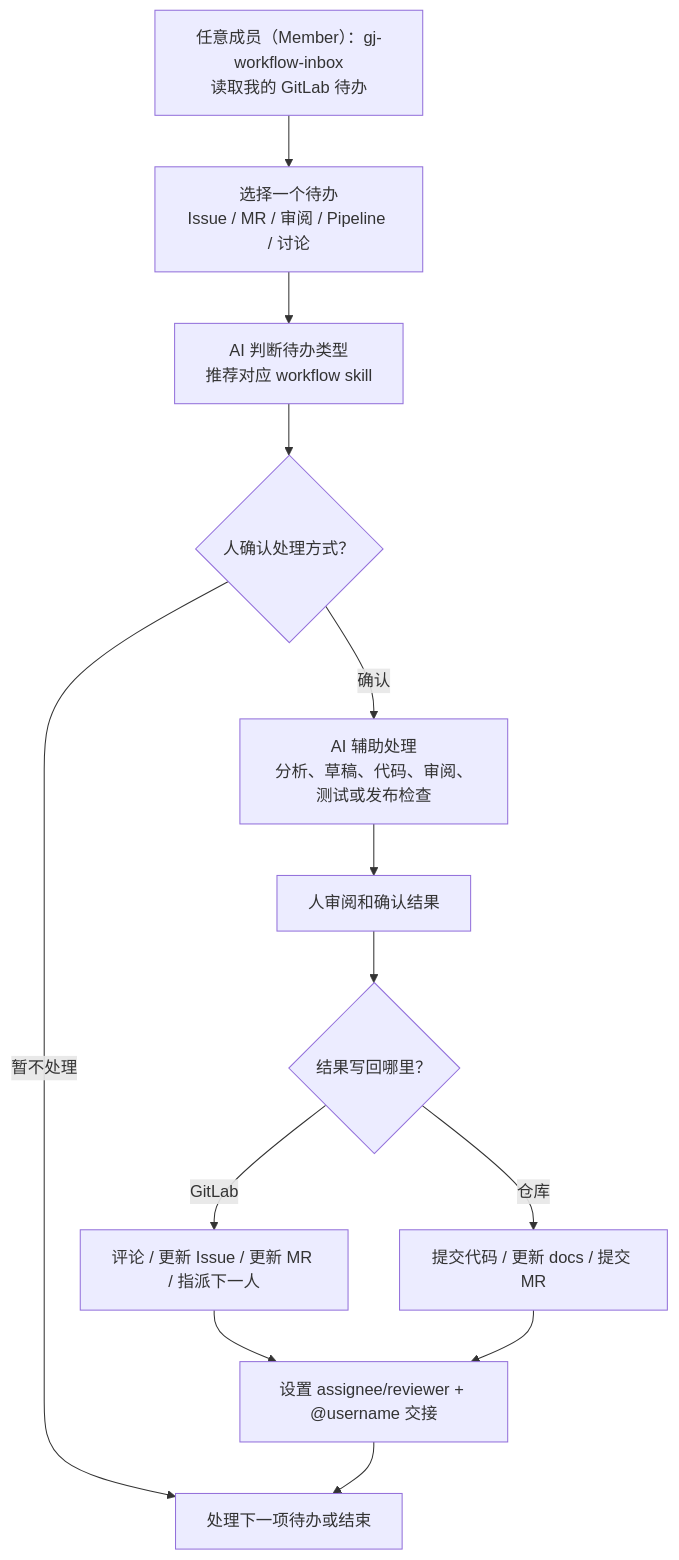
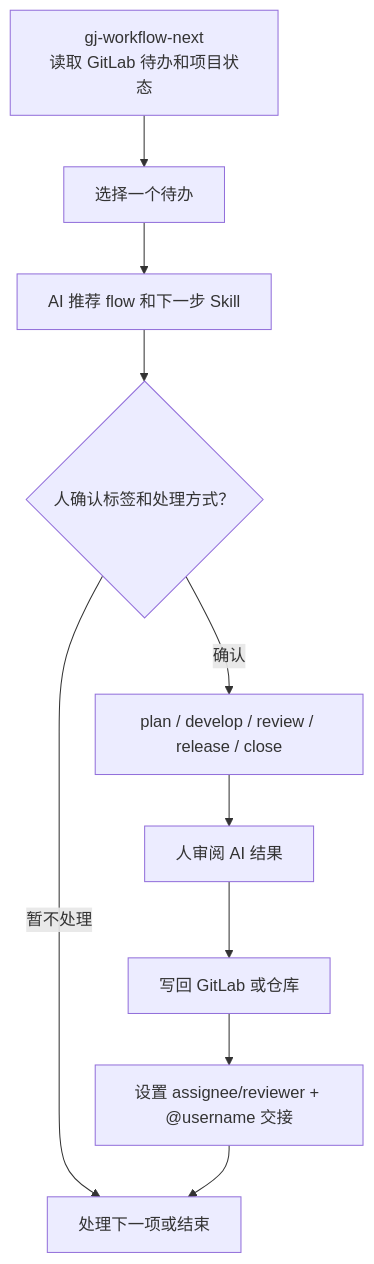
Before and after one commit to TheLastMagician/gj-gitlab-ai-workflow: the second of 2 diagrams in README.md, drawn with Mermaid. The commit also changed other lines of this file and 122 other files, not shown here.

````diff
--- a/README.md
+++ b/README.md
@@ -170,15 +197,12 @@
 ```mermaid
 flowchart TD
-  A["任意成员（Member）：gj-workflow-inbox<br/>读取我的 GitLab 待办"] --> B["选择一个待办<br/>Issue / MR / 审阅 / Pipeline / 讨论"]
-  B --> C["AI 判断待办类型<br/>推荐对应 workflow skill"]
-  C --> D{"人确认处理方式？"}
-  D -- "确认" --> E["AI 辅助处理<br/>分析、草稿、代码、审阅、测试或发布检查"]
-  D -- "暂不处理" --> K["处理下一项待办或结束"]
-  E --> F["人审阅和确认结果"]
-  F --> G{"结果写回哪里？"}
-  G -- "GitLab" --> H["评论 / 更新 Issue / 更新 MR / 指派下一人"]
-  G -- "仓库" --> I["提交代码 / 更新 docs / 提交 MR"]
-  H --> J["设置 assignee/reviewer + @username 交接"]
-  I --> J
-  J --> K
+  A["gj-workflow-next<br/>读取 GitLab 待办和项目状态"] --> B["选择一个待办"]
+  B --> C["AI 推荐 flow 和下一步 Skill"]
+  C --> D{"人确认标签和处理方式？"}
+  D -- "确认" --> E["plan / develop / review / release / close"]
+  D -- "暂不处理" --> I["处理下一项或结束"]
+  E --> F["人审阅 AI 结果"]
+  F --> G["写回 GitLab 或仓库"]
+  G --> H["设置 assignee/reviewer + @username 交接"]
+  H --> I
 ```
````
